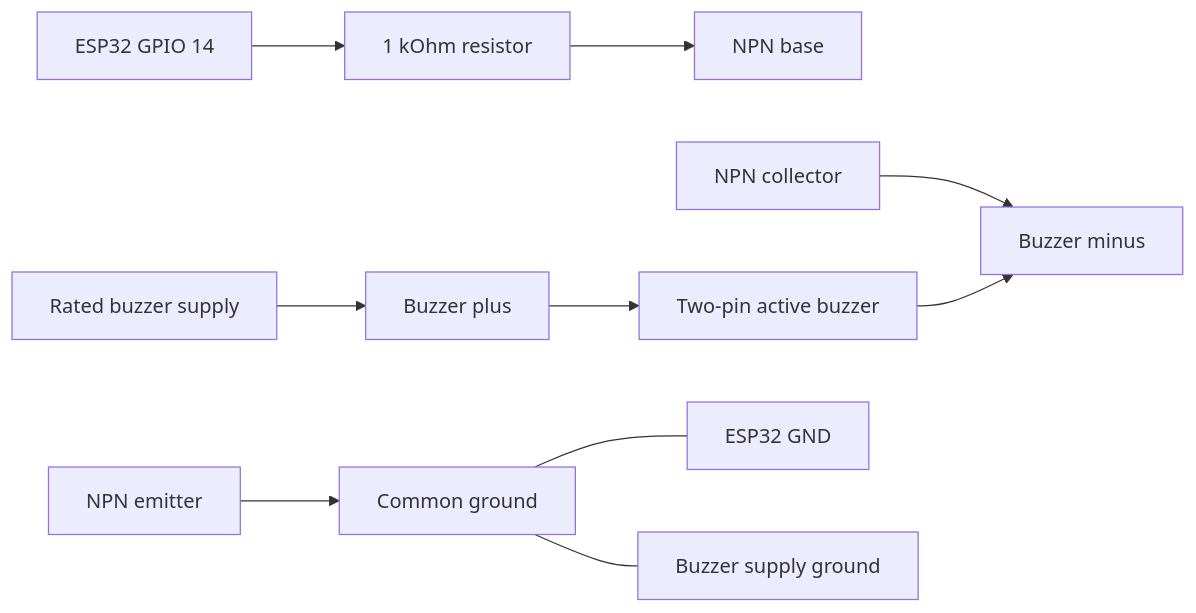
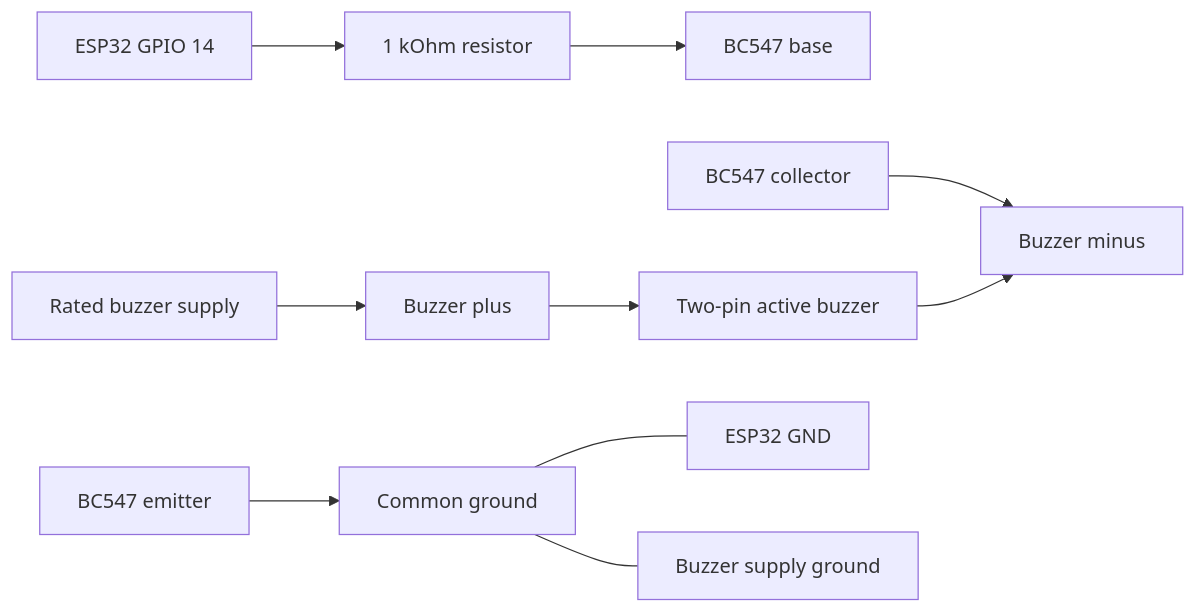
The fourth of 6 diagrams in README.md (amish0/swarm_boat), drawn with Mermaid before and after one commit. The commit also changed other lines of this file, not shown here.

````diff
--- a/README.md
+++ b/README.md
@@ -76,12 +129,12 @@
 ```mermaid
 flowchart LR
   GPIO[ESP32 GPIO 14] --> R[1 kOhm resistor]
-  R --> B[ NPN base ]
-  E[NPN emitter] --> GND[Common ground]
-  C[NPN collector] --> BUZZMIN[Buzzer minus]
+  R --> B[BC547 base]
+  E[BC547 emitter] --> GND[Common ground]
+  C[BC547 collector] --> BUZZMIN[Buzzer minus]
   SUPPLY[Rated buzzer supply] --> BUZZPLUS[Buzzer plus]
   BUZZPLUS --> BUZZER[Two-pin active buzzer]
   BUZZER --> BUZZMIN
   GND --- ESPGND[ESP32 GND]
   GND --- SUPPLYGND[Buzzer supply ground]
 ```
````
